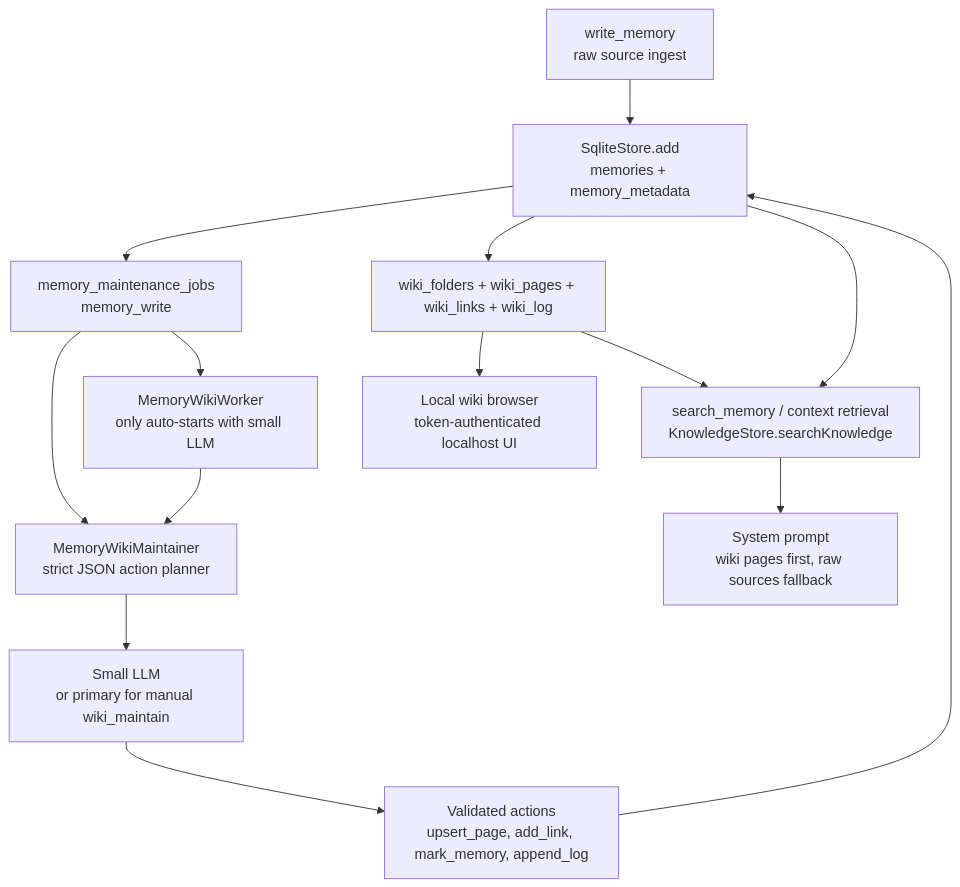
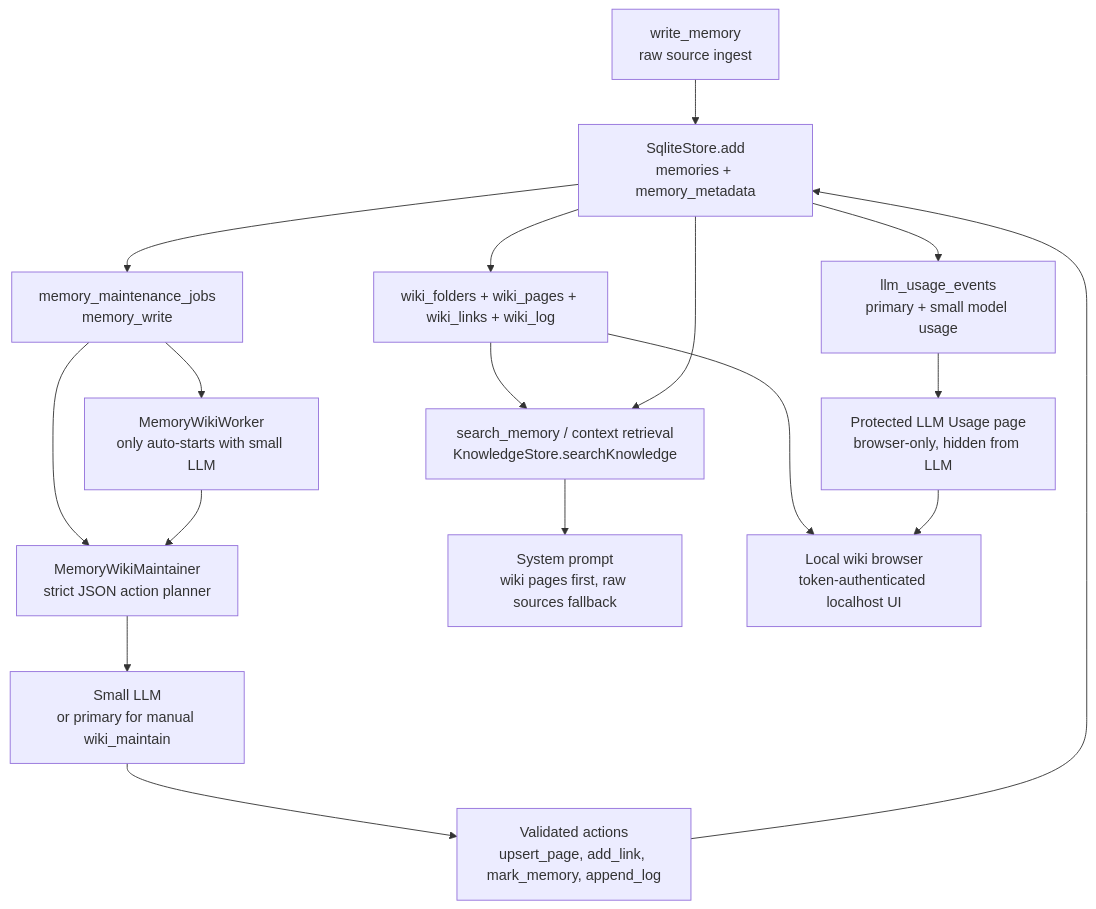
The fourth of 6 diagrams in docs/ARCHITECTURE.md (Crazy-Faust/miniclaw), drawn with Mermaid before and after one commit. The commit also changed other lines of this file and 21 other files, not shown here.

Commit message:
Usage page for LLM wiki web interface

````diff
--- a/docs/ARCHITECTURE.md
+++ b/docs/ARCHITECTURE.md
@@ -184,28 +184,33 @@
 ```mermaid
 flowchart TB
   write["write_memory<br/>raw source ingest"]
   sqlite["SqliteStore.add<br/>memories + memory_metadata"]
   queue["memory_maintenance_jobs<br/>memory_write"]
   worker["MemoryWikiWorker<br/>only auto-starts with small LLM"]
   maintainer["MemoryWikiMaintainer<br/>strict JSON action planner"]
   small["Small LLM<br/>or primary for manual wiki_maintain"]
   actions["Validated actions<br/>upsert_page, add_link, mark_memory, append_log"]
   wiki["wiki_folders + wiki_pages + wiki_links + wiki_log"]
+  usage["llm_usage_events<br/>primary + small model usage"]
+  usagePage["Protected LLM Usage page<br/>browser-only, hidden from LLM"]
   search["search_memory / context retrieval<br/>KnowledgeStore.searchKnowledge"]
   prompt["System prompt<br/>wiki pages first, raw sources fallback"]
   browser["Local wiki browser<br/>token-authenticated localhost UI"]
 
   write --> sqlite
   sqlite --> queue
   queue --> worker
   queue --> maintainer
   worker --> maintainer
   maintainer --> small
   small --> actions
   actions --> sqlite
   sqlite --> wiki
+  sqlite --> usage
+  usage --> usagePage
   wiki --> search
   sqlite --> search
   search --> prompt
   wiki --> browser
+  usagePage --> browser
 ```
````
